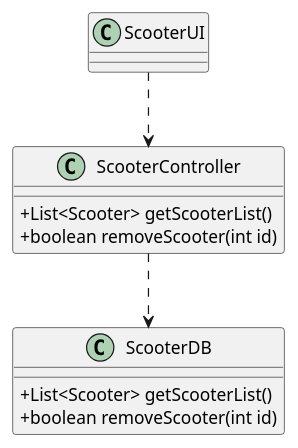
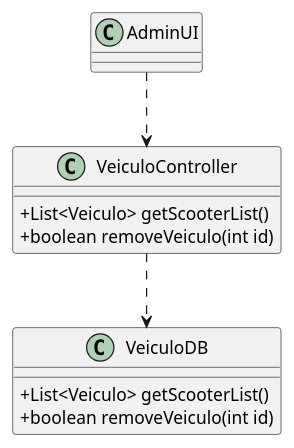
One commit to pedrolemos4/LAPR3 changed the diagram in docs/UC12/UC12_RemoverScooter_CD.puml. Above: the diagram before and after it, drawn with PlantUML. The commit also changed 5 other files, not shown here.

```diff
--- a/docs/UC12/UC12_RemoverScooter_CD.puml
+++ b/docs/UC12/UC12_RemoverScooter_CD.puml
@@ -1,21 +1,21 @@
 @startuml
 skinparam classAttributeIconSize 0
 
-class ScooterDB {
-  +List<Scooter> getScooterList()
-  +boolean removeScooter(int id)
+class VeiculoDB {
+  +List<Veiculo> getScooterList()
+  +boolean removeVeiculo(int id)
 }
 
-class ScooterController {
-    +List<Scooter> getScooterList()
-    +boolean removeScooter(int id)
+class VeiculoController {
+    +List<Veiculo> getScooterList()
+    +boolean removeVeiculo(int id)
 }
 
-class ScooterUI {
+class AdminUI {
 }
 
 
-ScooterUI ..> ScooterController 
+AdminUI ..> VeiculoController 
 
-ScooterController ..> ScooterDB
+VeiculoController ..> VeiculoDB
 @enduml
```
